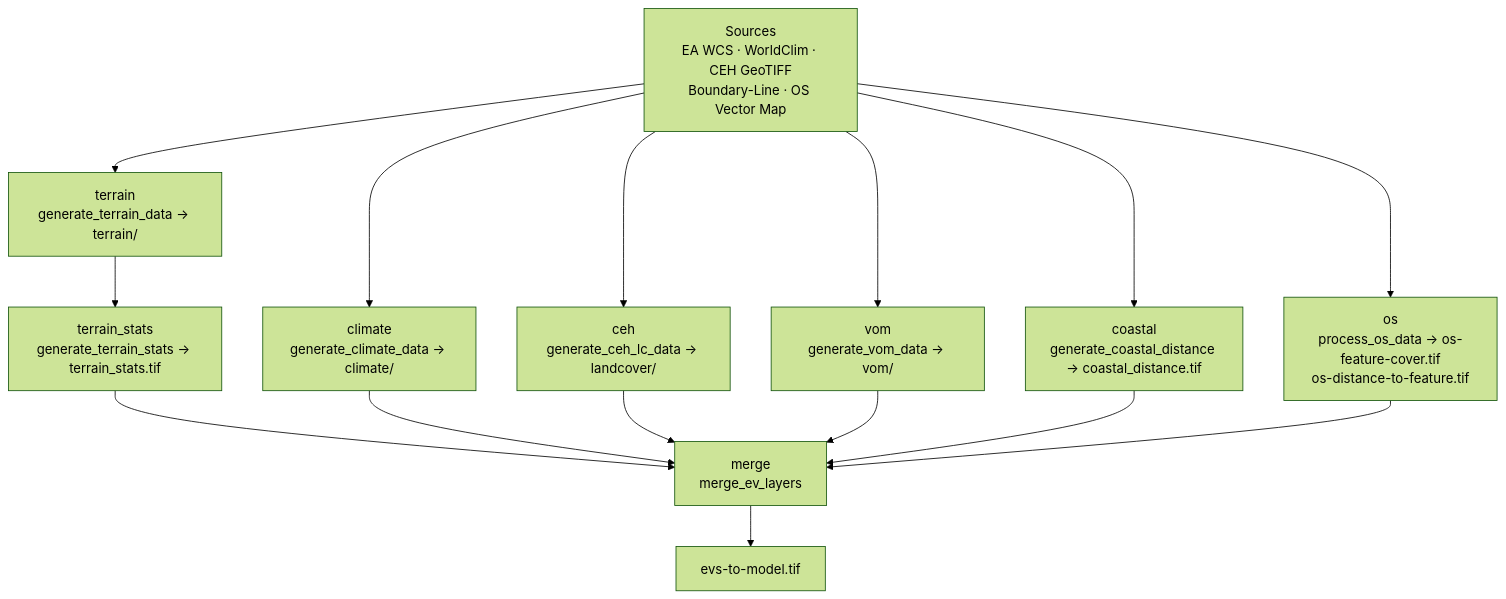
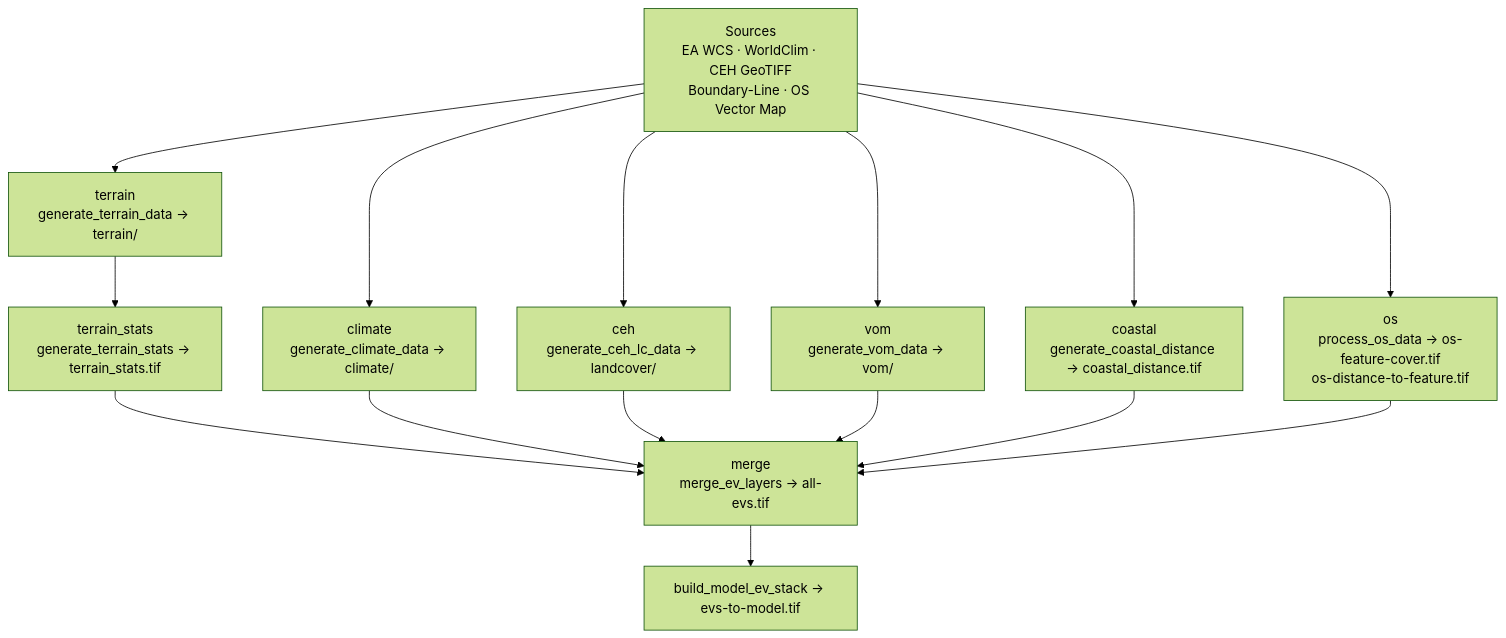
The diagram in docs/rebuild-ev-layers.md (MatthewJWhittle/shefflied-bats), drawn with Mermaid (forest theme) before and after one commit. The commit also changed other lines of this file and 12 other files, not shown here.

First line of the commit message:
Add post-merge evs-to-model stack and sdm data --plan

````diff
--- a/docs/rebuild-ev-layers.md
+++ b/docs/rebuild-ev-layers.md
@@ -36,27 +38,27 @@
 ```mermaid
 flowchart TD
   sources["Sources<br/>EA WCS · WorldClim · CEH GeoTIFF<br/>Boundary-Line · OS Vector Map"]
   terrain["terrain<br/>generate_terrain_data → terrain/"]
   terrain_stats["terrain_stats<br/>generate_terrain_stats → terrain_stats.tif"]
   climate["climate<br/>generate_climate_data → climate/"]
   ceh["ceh<br/>generate_ceh_lc_data → landcover/"]
   vom["vom<br/>generate_vom_data → vom/"]
   coastal["coastal<br/>generate_coastal_distance → coastal_distance.tif"]
   os["os<br/>process_os_data → os-feature-cover.tif<br/>os-distance-to-feature.tif"]
-  merge["merge<br/>merge_ev_layers"]
-  out["evs-to-model.tif"]
+  merge["merge<br/>merge_ev_layers → all-evs.tif"]
+  stack["build_model_ev_stack → evs-to-model.tif"]
 
   sources --> terrain --> terrain_stats
   sources --> climate
   sources --> ceh
   sources --> vom
   sources --> coastal
   sources --> os
   terrain_stats --> merge
   climate --> merge
   ceh --> merge
   vom --> merge
   coastal --> merge
   os --> merge
-  merge --> out
+  merge --> stack
 ```
````
